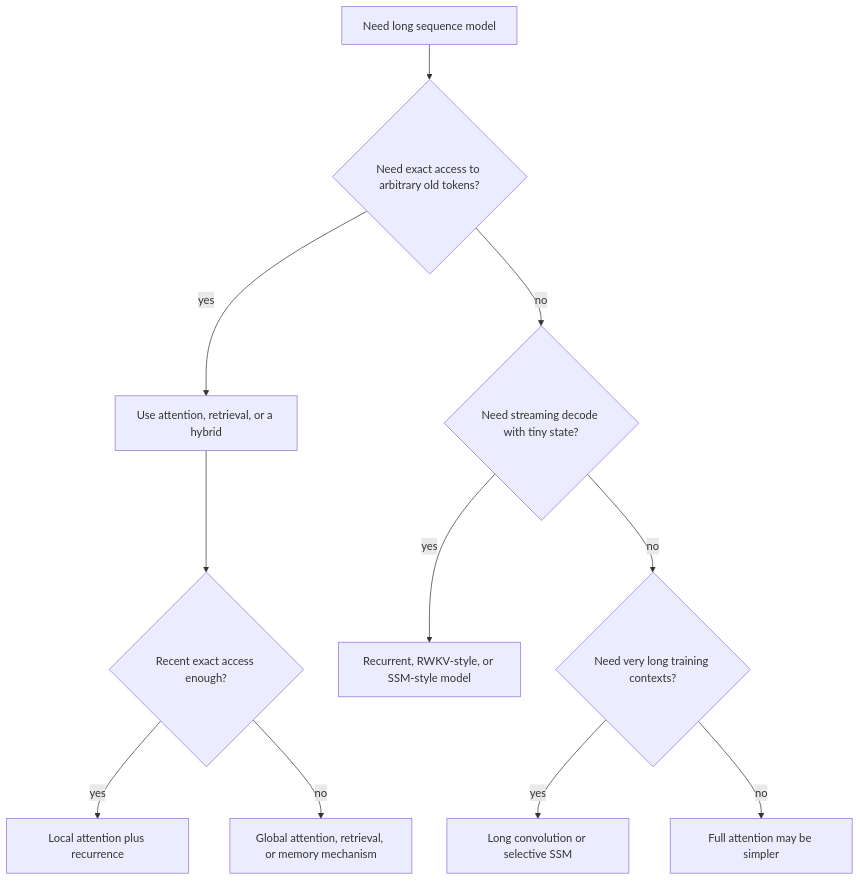
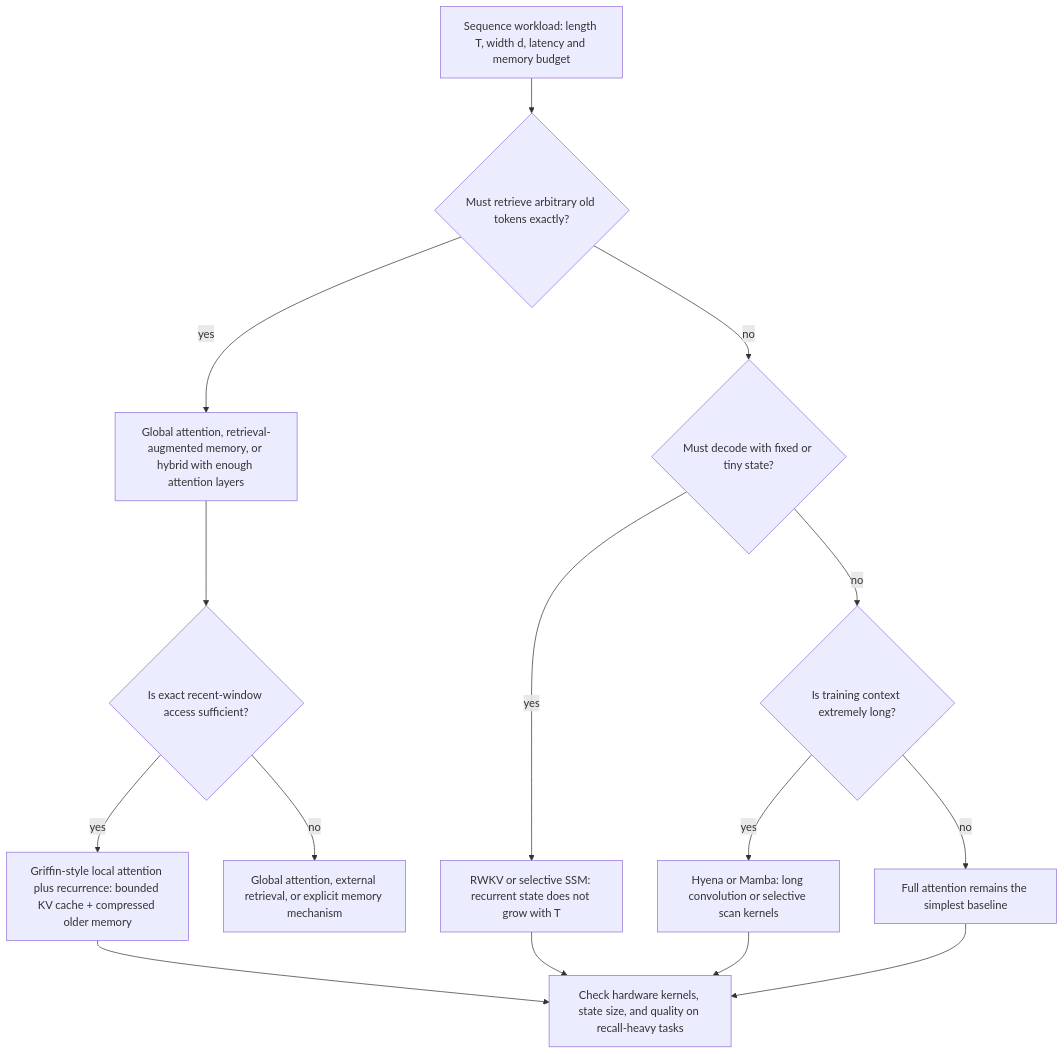
The sixth of 6 diagrams in docs/cs/deep-learning/efficient-sequence-modeling.md (justinbrianhwang/SJ-wiki), drawn with Mermaid before and after one commit. The commit also changed other lines of this file and 1858 other files, not shown here.

Commit message:
Upgrade Mermaid diagrams to real architecture level across DL/CS-systems/CS-applied/QIS/Physics+Math+Chem (~728 mermaid blocks total): detailed sublayers, residuals, dimensions, shape transitions, subgraph grouping

````diff
--- a/docs/cs/deep-learning/efficient-sequence-modeling.md
+++ b/docs/cs/deep-learning/efficient-sequence-modeling.md
@@ -392,13 +490,17 @@
 ```mermaid
-flowchart TD
-  A[Need long sequence model] --> B{"Need exact access to arbitrary old tokens?"}
-  B -- yes --> C["Use attention, retrieval, or a hybrid"]
-  B -- no --> D{"Need streaming decode with tiny state?"}
-  D -- yes --> E["Recurrent, RWKV-style, or SSM-style model"]
-  D -- no --> F{"Need very long training contexts?"}
-  F -- yes --> G[Long convolution or selective SSM]
-  F -- no --> H[Full attention may be simpler]
-  C --> I{"Recent exact access enough?"}
-  I -- yes --> J[Local attention plus recurrence]
-  I -- no --> K["Global attention, retrieval, or memory mechanism"]
+flowchart TB
+  A["Sequence workload: length T, width d, latency and memory budget"] --> B{"Must retrieve arbitrary old tokens exactly?"}
+  B -->|"yes"| C["Global attention, retrieval-augmented memory, or hybrid with enough attention layers"]
+  B -->|"no"| D{"Must decode with fixed or tiny state?"}
+  D -->|"yes"| E["RWKV or selective SSM: recurrent state does not grow with T"]
+  D -->|"no"| F{"Is training context extremely long?"}
+  F -->|"yes"| G["Hyena or Mamba: long convolution or selective scan kernels"]
+  F -->|"no"| H["Full attention remains the simplest baseline"]
+  C --> I{"Is exact recent-window access sufficient?"}
+  I -->|"yes"| J["Griffin-style local attention plus recurrence: bounded KV cache + compressed older memory"]
+  I -->|"no"| K["Global attention, external retrieval, or explicit memory mechanism"]
+  E --> L["Check hardware kernels, state size, and quality on recall-heavy tasks"]
+  G --> L
+  J --> L
+  H --> L
 ```
````
